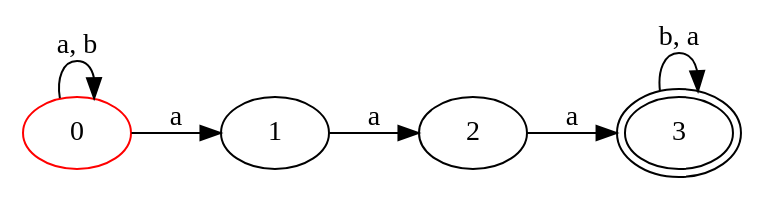
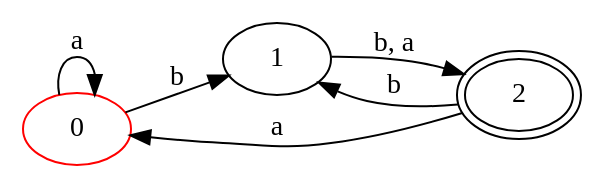
Before and after one commit to 3laa-NA/INFO: the diagram in IN05_Python/Fichiers Python fournis-20231025/affichage.dot, drawn with Graphviz. The commit also changed 2 other files, not shown here.

```diff
--- a/IN05_Python/Fichiers Python fournis-20231025/affichage.dot
+++ b/IN05_Python/Fichiers Python fournis-20231025/affichage.dot
@@ -1,12 +1,11 @@
 digraph a {
  rankdir=LR
 0[ label ="0", color=red ];
-0 -> 0 [ label = "a, b" ];
-0 -> 1 [ label = "a" ];
+0 -> 1 [ label = "b" ];
+0 -> 0 [ label = "a" ];
 1[ label ="1",];
-1 -> 2 [ label = "a" ];
-2[ label ="2",];
-2 -> 3 [ label = "a" ];
-3[ label ="3",peripheries=2 ];
-3 -> 3 [ label = "b, a" ];
+1 -> 2 [ label = "b, a" ];
+2[ label ="2",peripheries=2 ];
+2 -> 1 [ label = "b" ];
+2 -> 0 [ label = "a" ];
 }
```
